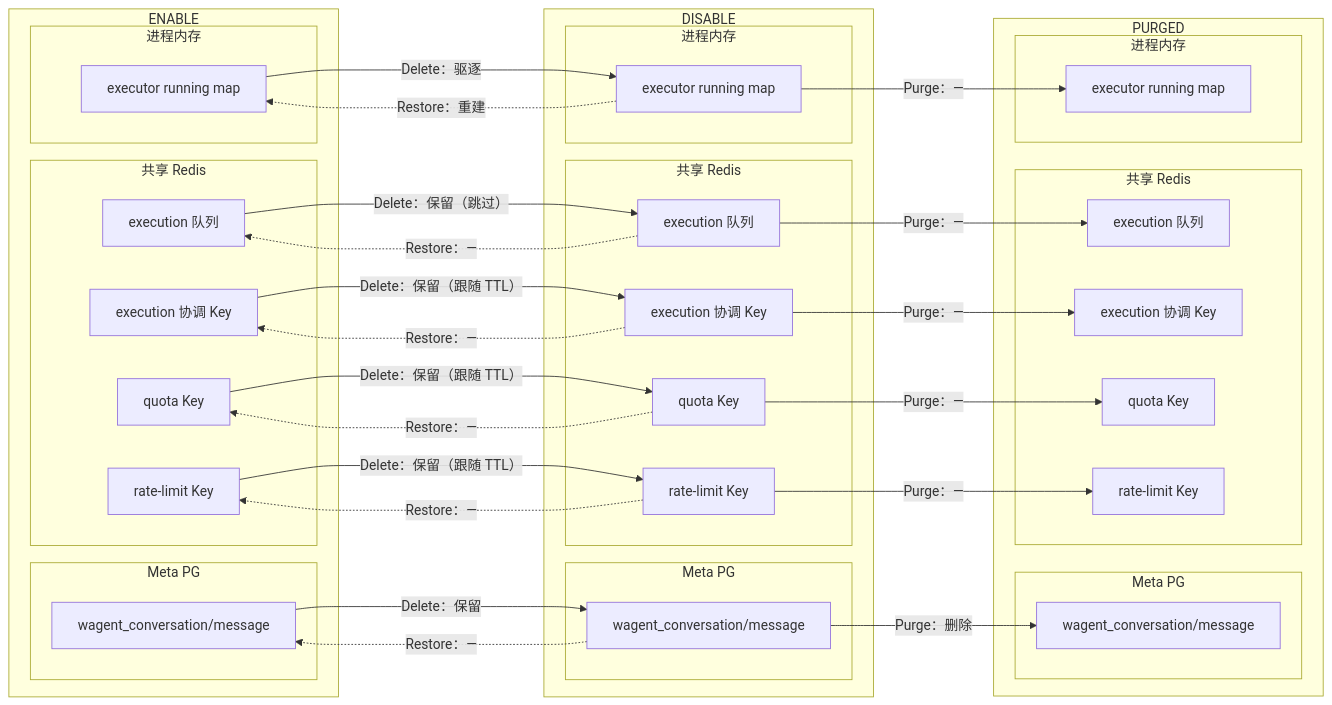
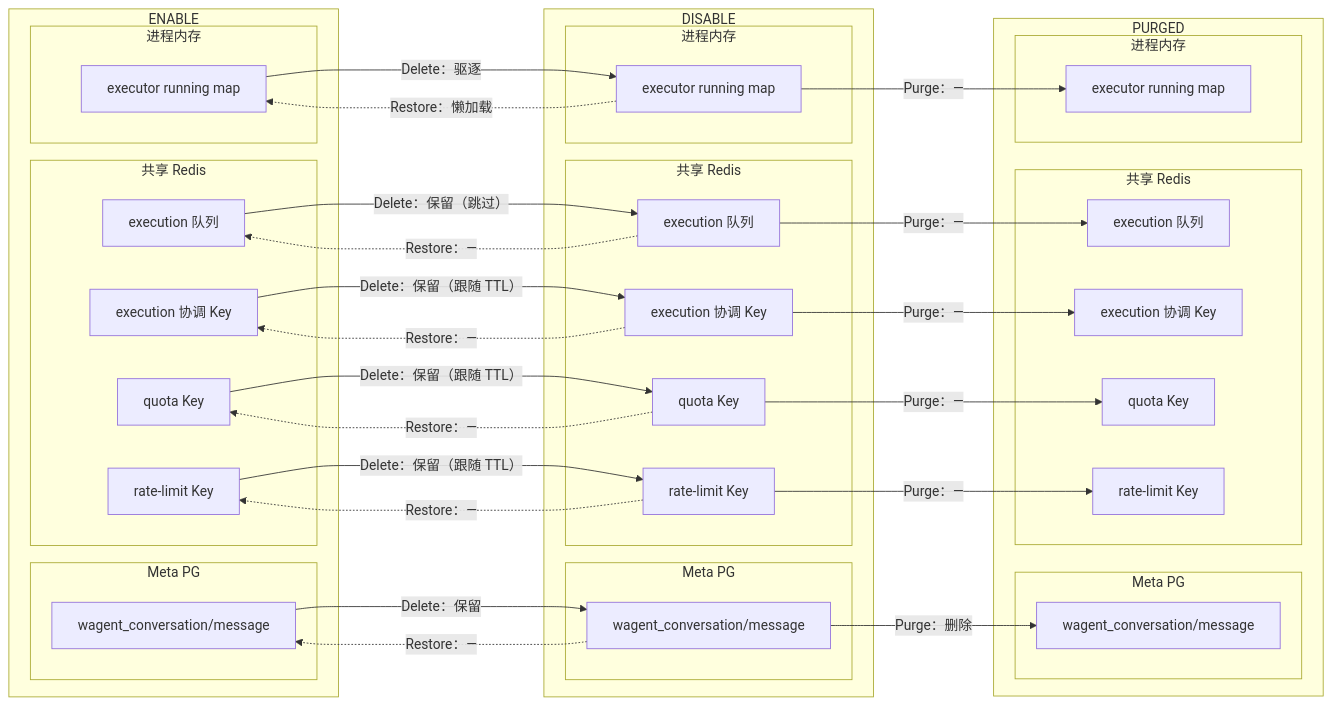
One commit to qinwenshiCH/workflow changed diagram 11 of 21 in specs/20260716-Wave-Refac-OrganizationProjectLifecycle/04-detail.md. Above: the diagram before and after it, drawn with Mermaid. The commit also changed other lines of this file, not shown here.

First line of the commit message:
fix: 按代码核实修正 Wagent 队列类型和两处 Restore 标注

````diff
--- a/specs/20260716-Wave-Refac-OrganizationProjectLifecycle/04-detail.md
+++ b/specs/20260716-Wave-Refac-OrganizationProjectLifecycle/04-detail.md
@@ -668,66 +668,66 @@
 ```mermaid
 flowchart LR
     subgraph enable["ENABLE"]
         subgraph e_meta["Meta PG"]
             EMsg["wagent_conversation/message"]
         end
         subgraph e_redis["共享 Redis"]
             EQueue["execution 队列"]
             ELease["execution 协调 Key"]
             EQuota["quota Key"]
             ERateLimit["rate-limit Key"]
         end
         subgraph e_memory["进程内存"]
             ERunning["executor running map"]
         end
     end
 
     subgraph disable["DISABLE"]
         subgraph d_meta["Meta PG"]
             DMsg["wagent_conversation/message"]
         end
         subgraph d_redis["共享 Redis"]
             DQueue["execution 队列"]
             DLease["execution 协调 Key"]
             DQuota["quota Key"]
             DRateLimit["rate-limit Key"]
         end
         subgraph d_memory["进程内存"]
             DRunning["executor running map"]
         end
     end
 
     subgraph purged["PURGED"]
         subgraph p_meta["Meta PG"]
             PMsg["wagent_conversation/message"]
         end
         subgraph p_redis["共享 Redis"]
             PQueue["execution 队列"]
             PLease["execution 协调 Key"]
             PQuota["quota Key"]
             PRateLimit["rate-limit Key"]
         end
         subgraph p_memory["进程内存"]
             PRunning["executor running map"]
         end
     end
 
     EMsg -->|Delete：保留| DMsg
     EQueue -->|Delete：保留（跳过）| DQueue
     ELease -->|Delete：保留（跟随 TTL）| DLease
     EQuota -->|Delete：保留（跟随 TTL）| DQuota
     ERateLimit -->|Delete：保留（跟随 TTL）| DRateLimit
     ERunning -->|Delete：驱逐| DRunning
     DMsg -.->|Restore：—| EMsg
     DQueue -.->|Restore：—| EQueue
     DLease -.->|Restore：—| ELease
     DQuota -.->|Restore：—| EQuota
     DRateLimit -.->|Restore：—| ERateLimit
-    DRunning -.->|Restore：重建| ERunning
+    DRunning -.->|Restore：懒加载| ERunning
     DMsg -->|Purge：删除| PMsg
     DQueue -->|Purge：—| PQueue
     DLease -->|Purge：—| PLease
     DQuota -->|Purge：—| PQuota
     DRateLimit -->|Purge：—| PRateLimit
     DRunning -->|Purge：—| PRunning
 ```
````
